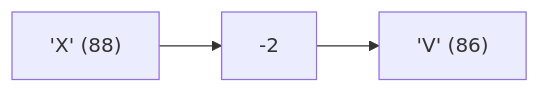
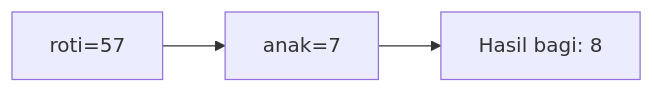
The third of 25 diagrams in part-c-pemahaman-cpp/01-tipe-data/latihan/set-03.md (amnahwaida/OSNK_INF_PREP), drawn with Mermaid before and after one commit. The commit also changed other lines of this file and 71 other files, not shown here.

````diff
--- a/part-c-pemahaman-cpp/01-tipe-data/latihan/set-03.md
+++ b/part-c-pemahaman-cpp/01-tipe-data/latihan/set-03.md
@@ -76,5 +79,5 @@
 ```mermaid
 graph LR
-A["'X' (88)"] --> B["-2"]
-B --> C["'V' (86)"]
+A["roti=57"] --> B["anak=7"]
+B --> C["Hasil bagi: 8"]
 ```
````
